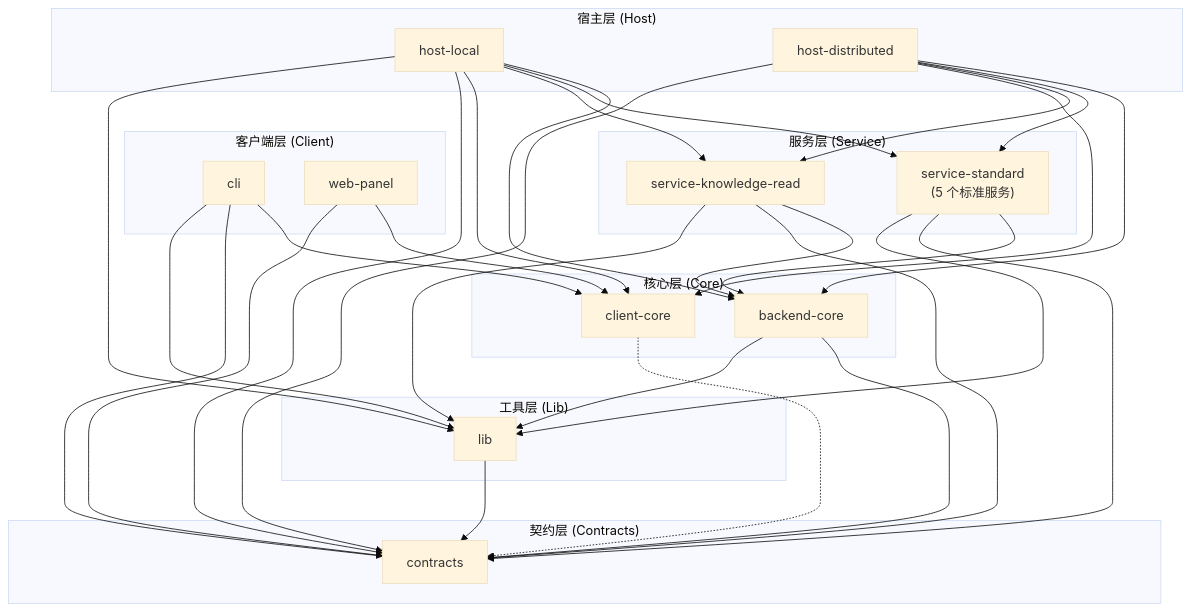
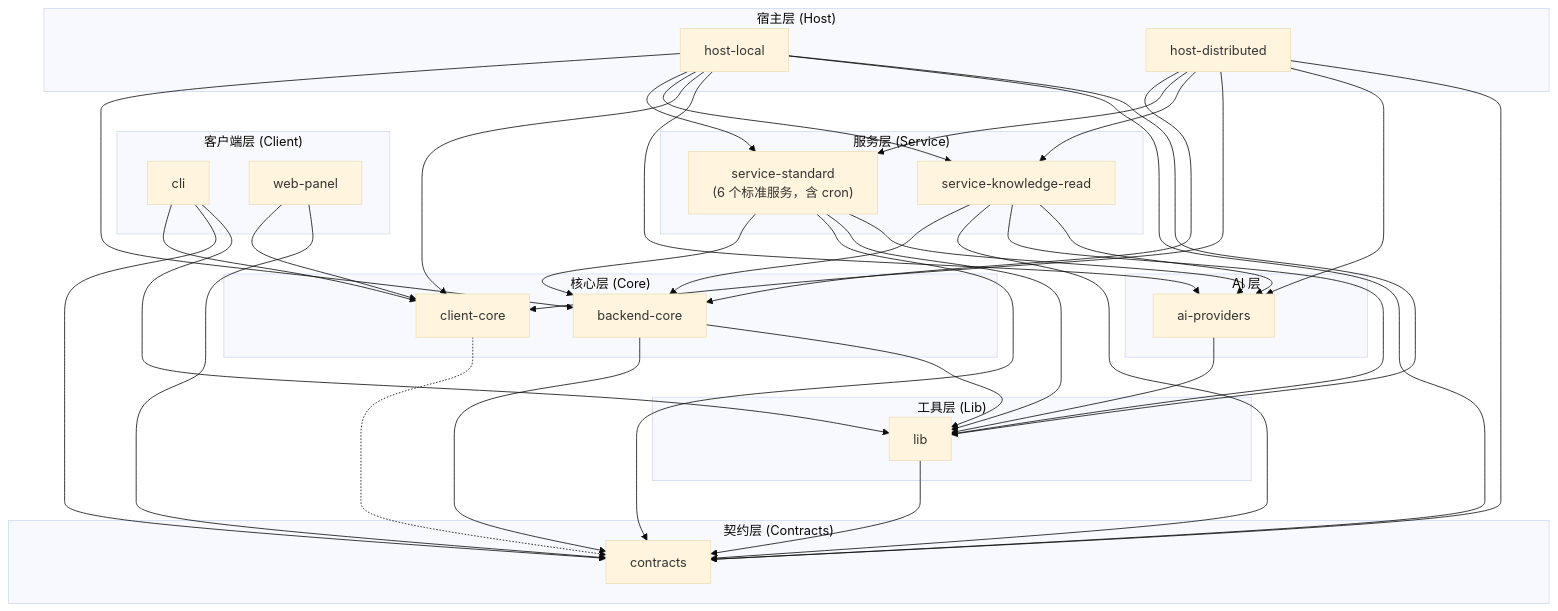
One commit to pofossette/TrapMap-for-vibing changed the diagram in docs/architecture/BOUNDARIES.md. Above: the diagram before and after it, drawn with Mermaid (base theme). The commit also changed other lines of this file and 2 other files, not shown here.

Commit message:
chore(guards): add ai-providers fallow zone and align depcruise/fallow membership
- .fallowrc.json: make ai-providers its own zone (leaf over lib/contracts),
  allowed from service-standard, service-knowledge-read and both hosts; it
  was previously imported by four service packages with no enforced boundary
- .dependency-cruiser.cjs: add service-cron to SERVICE_PACKAGES (fallow's
  service-standard zone already covered it) and drop the stale
  knowledge-read -> knowledge-write/dist graph-align exception (no source
  consumer remains)
- BOUNDARIES.md: sync zone table (6 standard services incl. cron),
  dependency diagram, and constraints

````diff
--- a/docs/architecture/BOUNDARIES.md
+++ b/docs/architecture/BOUNDARIES.md
@@ -42,64 +43,74 @@
 ```mermaid
 flowchart TB
     subgraph 宿主层["宿主层 (Host)"]
         host-local["host-local"]
         host-distributed["host-distributed"]
     end
 
     subgraph 客户端层["客户端层 (Client)"]
         cli["cli"]
         web-panel["web-panel"]
     end
 
     subgraph 服务层["服务层 (Service)"]
-        service-standard["service-standard<br/>(5 个标准服务)"]
+        service-standard["service-standard<br/>(6 个标准服务，含 cron)"]
         service-knowledge-read["service-knowledge-read"]
     end
 
     subgraph 核心层["核心层 (Core)"]
         backend-core["backend-core"]
         client-core["client-core"]
+    end
+
+    subgraph AI层["AI 层"]
+        ai-providers["ai-providers"]
     end
 
     subgraph 工具层["工具层 (Lib)"]
         lib["lib"]
     end
 
     subgraph 契约层["契约层 (Contracts)"]
         contracts["contracts"]
     end
 
     host-local --> backend-core
     host-local --> service-standard
     host-local --> service-knowledge-read
     host-local --> client-core
+    host-local --> ai-providers
     host-local --> contracts
     host-local --> lib
 
     host-distributed --> backend-core
     host-distributed --> service-standard
     host-distributed --> service-knowledge-read
     host-distributed --> client-core
+    host-distributed --> ai-providers
     host-distributed --> contracts
 
     service-standard --> backend-core
     service-standard --> contracts
     service-standard --> lib
+    service-standard --> ai-providers
 
     service-knowledge-read --> backend-core
     service-knowledge-read --> contracts
     service-knowledge-read --> lib
+    service-knowledge-read --> ai-providers
+
+    ai-providers --> lib
 
     backend-core --> contracts
     backend-core --> lib
 
     cli --> client-core
     cli --> contracts
     cli --> lib
 
     web-panel --> client-core
     web-panel --> contracts
 
     client-core -.-> contracts
     lib --> contracts
 ```
````
